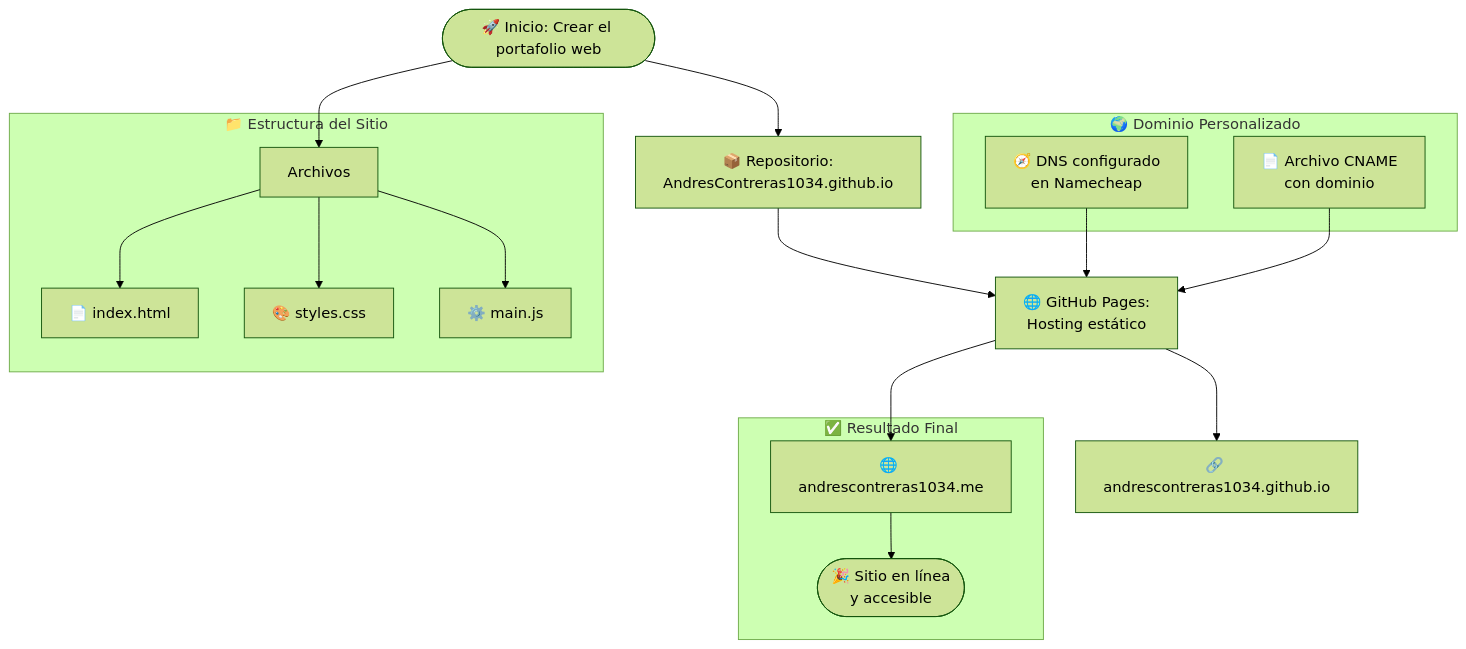
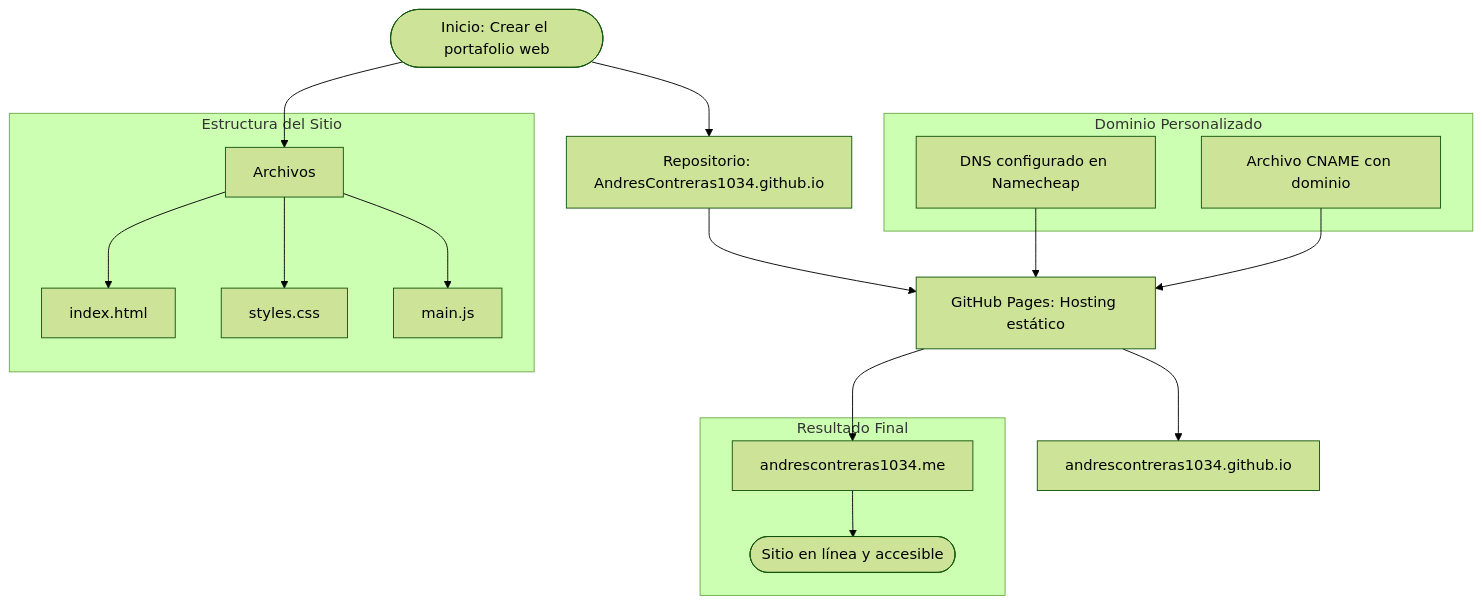
One commit to AndresContreras1034/AndresContreras1034.github.io changed the diagram in README.md. Above: the diagram before and after it, drawn with Mermaid (forest theme).

````diff
--- a/README.md
+++ b/README.md
@@ -1,32 +1,31 @@
 ```mermaid
- graph TD
+  graph TD
 
-Start([🚀 Inicio: Crear el portafolio web])
-
+Start([Inicio: Crear el portafolio web])
 Start --> Archivos
 Start --> Repo
 
-subgraph "📁 Estructura del Sitio"
-  Archivos --> HTML["📄 index.html"]
-  Archivos --> CSS["🎨 styles.css"]
-  Archivos --> JS["⚙️ main.js"]
+subgraph Estructura del Sitio
+  Archivos --> HTML[index.html]
+  Archivos --> CSS[styles.css]
+  Archivos --> JS[main.js]
 end
 
-Repo["📦 Repositorio:<br>AndresContreras1034.github.io"]
-Repo --> GitHubPages["🌐 GitHub Pages:<br>Hosting estático"]
-GitHubPages --> WebGitHub["🔗 andrescontreras1034.github.io"]
+Repo[Repositorio: AndresContreras1034.github.io]
+Repo --> GitHubPages[GitHub Pages: Hosting estático]
+GitHubPages --> WebGitHub[andrescontreras1034.github.io]
 
-subgraph "🌍 Dominio Personalizado"
-  DNS["🧭 DNS configurado<br>en Namecheap"]
-  CNAME["📄 Archivo CNAME<br>con dominio"]
+subgraph Dominio Personalizado
+  DNS[DNS configurado en Namecheap]
+  CNAME[Archivo CNAME con dominio]
 end
 
 DNS --> GitHubPages
 CNAME --> GitHubPages
 
-GitHubPages --> WebFinal["🌐 andrescontreras1034.me"]
+GitHubPages --> WebFinal[andrescontreras1034.me]
 
-subgraph "✅ Resultado Final"
-  WebFinal --> Fin(["🎉 Sitio en línea<br>y accesible"])
+subgraph Resultado Final
+  WebFinal --> Fin([Sitio en línea y accesible])
 end 
 ```
````
